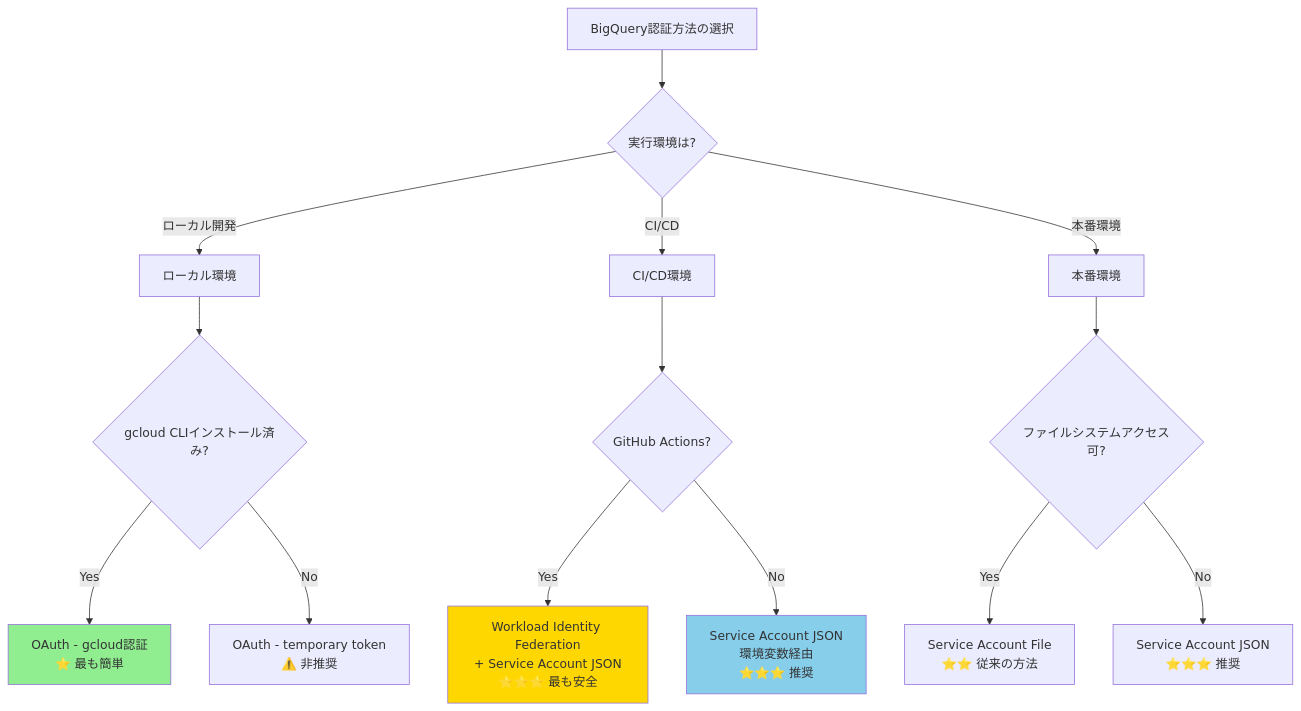
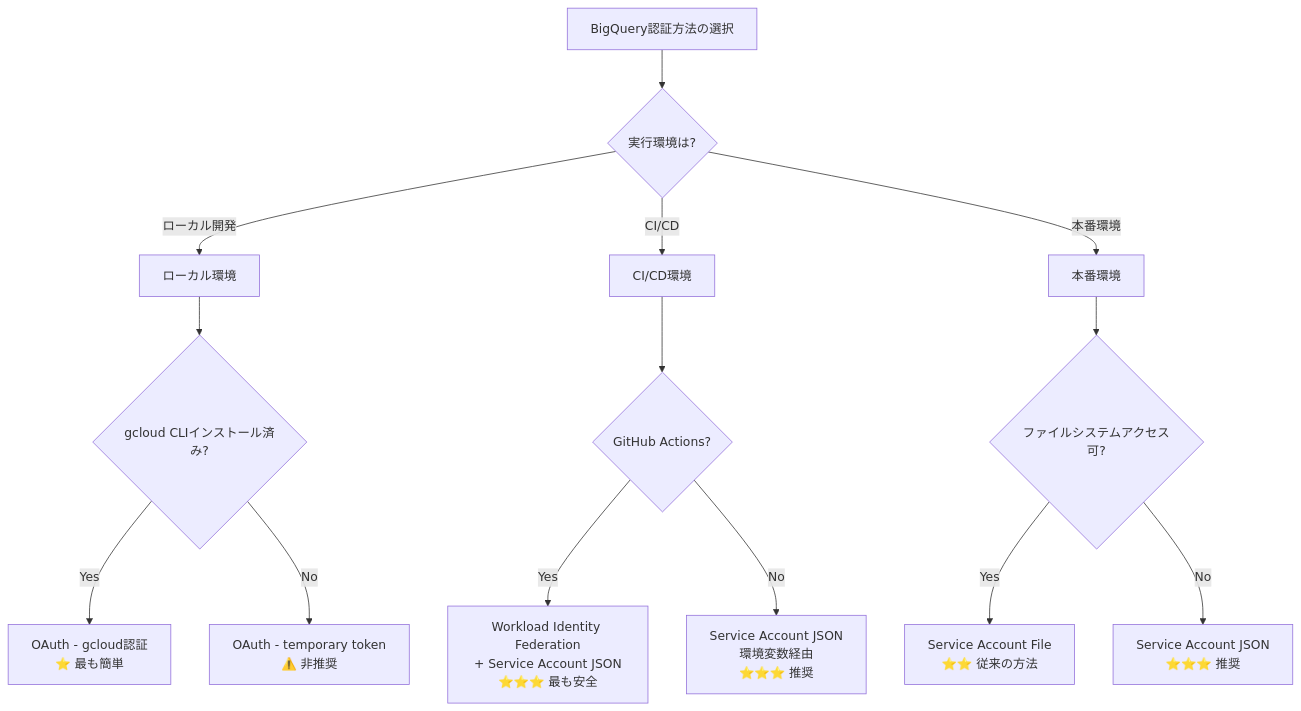
The first of 8 diagrams in content/Tech/dbt/categories/bigquery-connection.md (1210yuichi0/1210yuichi0.github.io), drawn with Mermaid before and after one commit. The commit also changed other lines of this file and 22 other files, not shown here.

First line of the commit message:
style: remove Mermaid style directives for dark mode compatibility

````diff
--- a/content/Tech/dbt/categories/bigquery-connection.md
+++ b/content/Tech/dbt/categories/bigquery-connection.md
@@ -70,23 +70,20 @@
 ```mermaid
 flowchart TD
     Start[BigQuery認証方法の選択] --> Q1{実行環境は?}
     Q1 -->|ローカル開発| Local[ローカル環境]
     Q1 -->|CI/CD| CICD[CI/CD環境]
     Q1 -->|本番環境| Prod[本番環境]
 
     Local --> Q2{gcloud CLIインストール済み?}
     Q2 -->|Yes| OAuth_gcloud[OAuth - gcloud認証<br/>⭐ 最も簡単]
     Q2 -->|No| OAuth_temp[OAuth - temporary token<br/>⚠️ 非推奨]
 
     CICD --> Q3{GitHub Actions?}
     Q3 -->|Yes| WIF[Workload Identity Federation<br/>+ Service Account JSON<br/>⭐⭐⭐ 最も安全]
     Q3 -->|No| SA_JSON[Service Account JSON<br/>環境変数経由<br/>⭐⭐⭐ 推奨]
 
     Prod --> Q4{ファイルシステムアクセス可?}
     Q4 -->|Yes| SA_File[Service Account File<br/>⭐⭐ 従来の方法]
     Q4 -->|No| SA_JSON2[Service Account JSON<br/>⭐⭐⭐ 推奨]
 
-    style OAuth_gcloud fill:#90EE90
-    style WIF fill:#FFD700
-    style SA_JSON fill:#87CEEB
 ```
````
